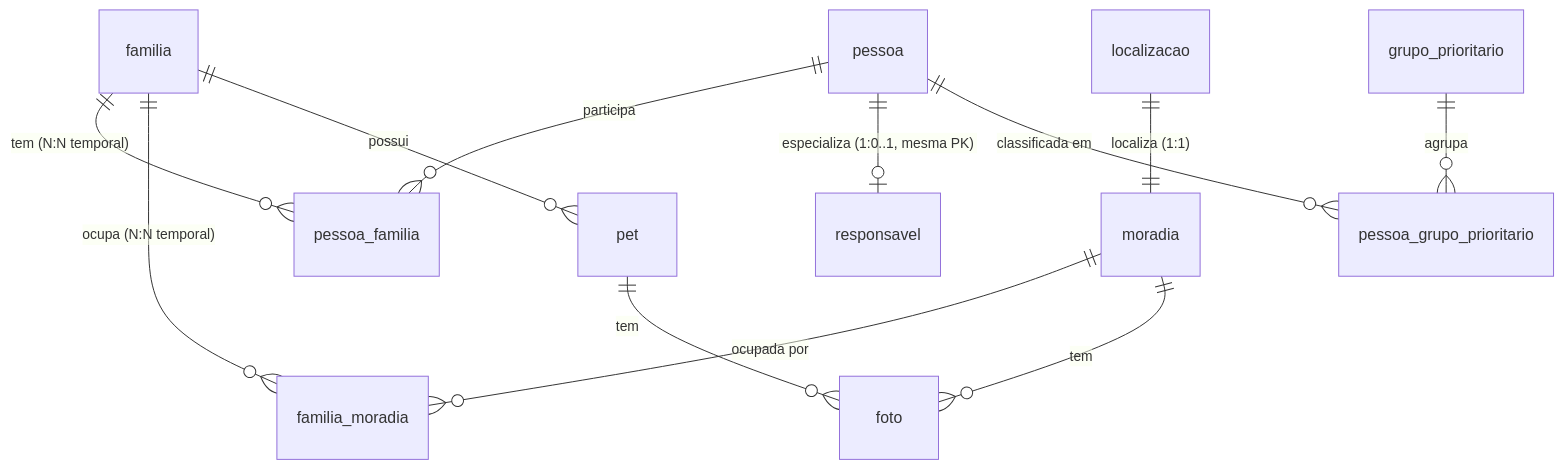
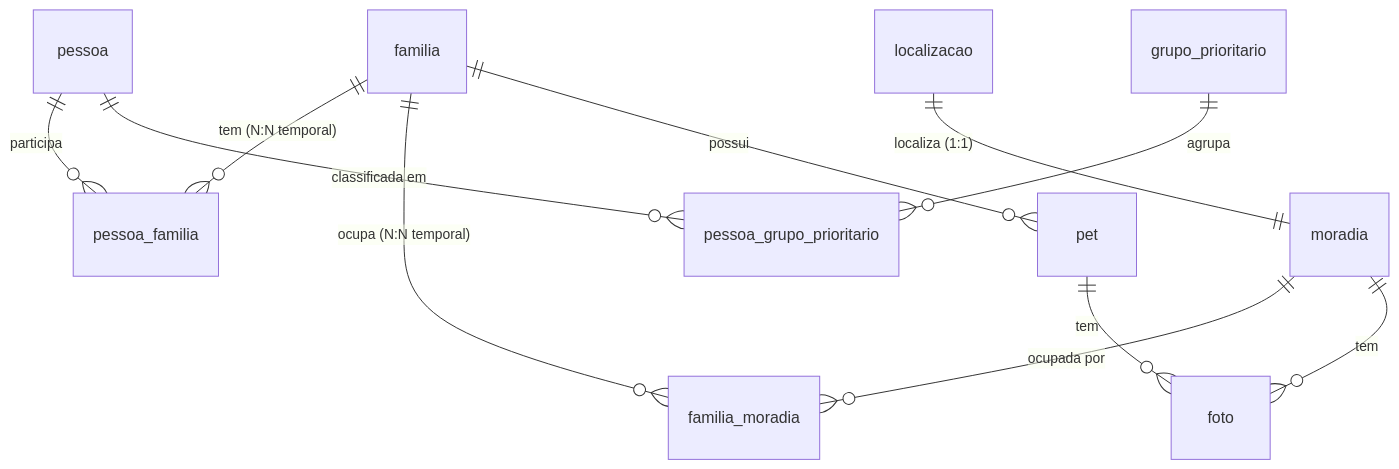
One commit to davitricarico-wq/g03 changed diagram 16 of 17 in documentos/wad.md. Above: the diagram before and after it, drawn with Mermaid. The commit also changed other lines of this file, not shown here.

````diff
--- a/documentos/wad.md
+++ b/documentos/wad.md
@@ -1869,14 +1869,13 @@
 ```mermaid
 erDiagram
     familia ||--o{ pessoa_familia : "tem (N:N temporal)"
     pessoa  ||--o{ pessoa_familia : "participa"
     familia ||--o{ familia_moradia : "ocupa (N:N temporal)"
     moradia ||--o{ familia_moradia : "ocupada por"
     localizacao ||--|| moradia : "localiza (1:1)"
-    pessoa  ||--o| responsavel : "especializa (1:0..1, mesma PK)"
     familia ||--o{ pet : "possui"
     moradia ||--o{ foto : "tem"
     pet     ||--o{ foto : "tem"
     pessoa  ||--o{ pessoa_grupo_prioritario : "classificada em"
     grupo_prioritario ||--o{ pessoa_grupo_prioritario : "agrupa"
 ```
````
